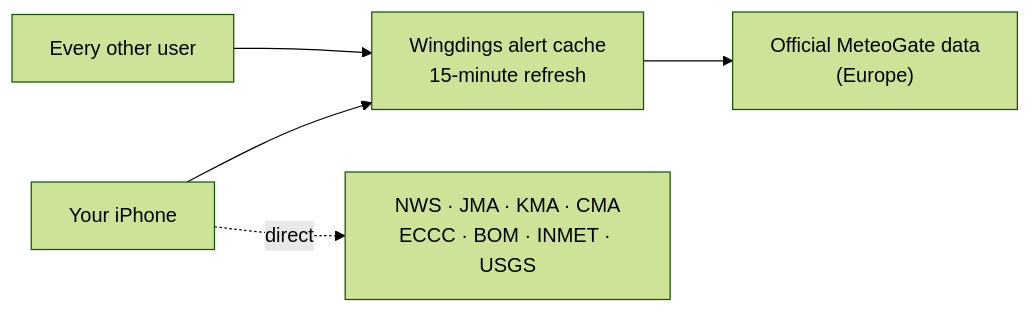
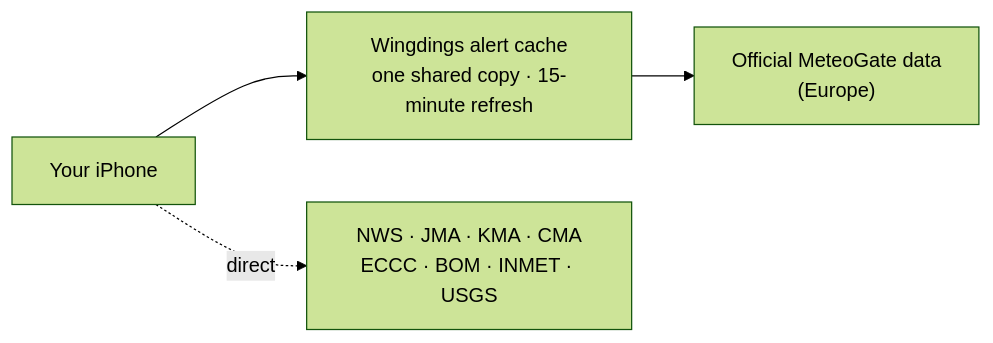
One commit to rpalm01-star/VigilantEarLegal changed the fourth of 4 diagrams in README.md. Above: the diagram before and after it, drawn with Mermaid (forest theme).

Commit message:
README: drop the confusing 'Every other user' box from the weather diagram.

````diff
--- a/README.md
+++ b/README.md
@@ -151,7 +151,6 @@
 ```mermaid
 graph LR
-    P1["Your iPhone"] --> W["Wingdings alert cache<br/>15-minute refresh"]
-    P2["Every other user"] --> W
+    P1["Your iPhone"] --> W["Wingdings alert cache<br/>one shared copy · 15-minute refresh"]
     W --> M["Official MeteoGate data<br/>(Europe)"]
     P1 -.direct.-> N["NWS · JMA · KMA · CMA<br/>ECCC · BOM · INMET · USGS"]
 ```
````
